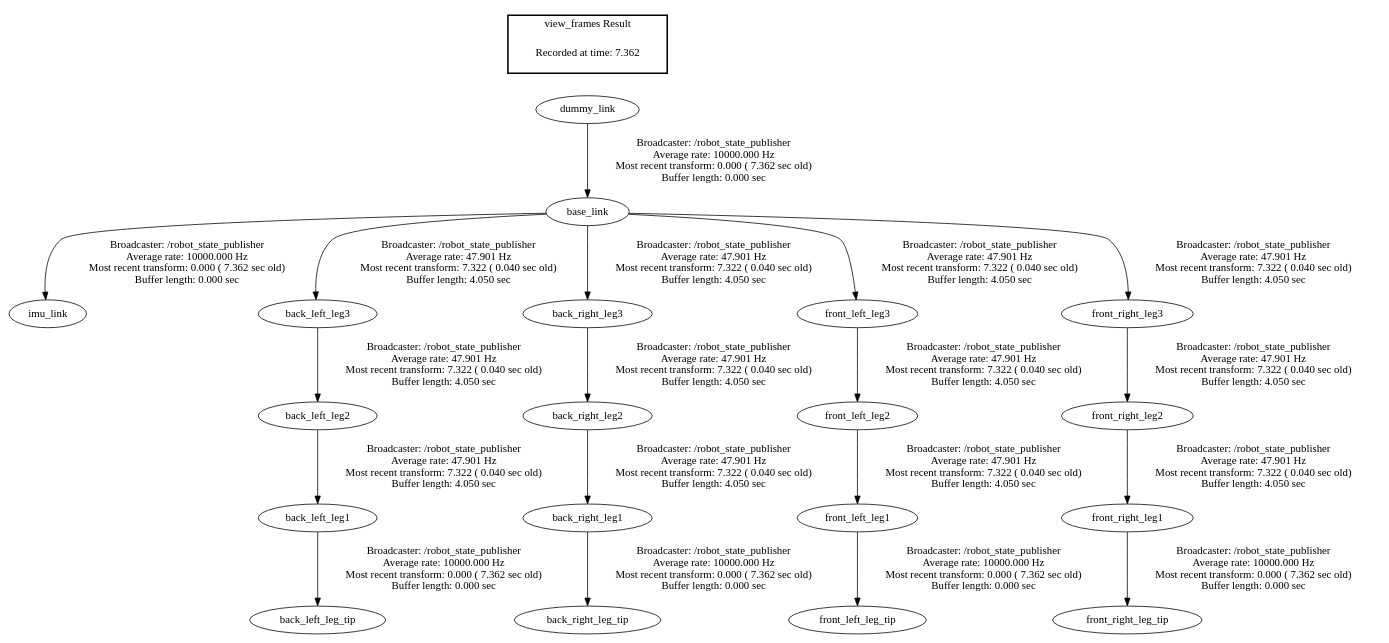
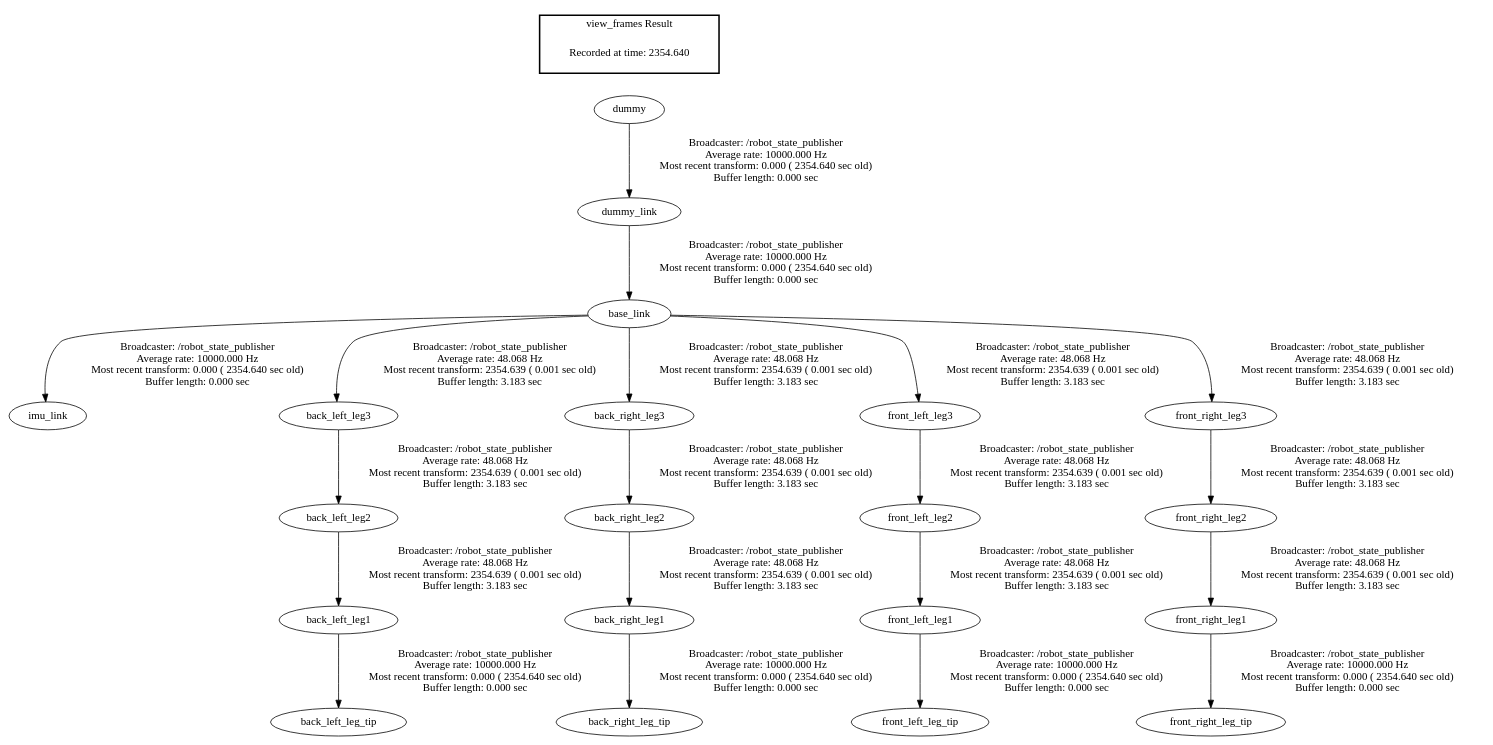
Before and after one commit to shandilya1998/CPGController: the diagram in src/simulations/ws/src/quadruped/frames.gv, drawn with Graphviz. The commit also changed 15 other files, not shown here.

```diff
--- a/src/simulations/ws/src/quadruped/frames.gv
+++ b/src/simulations/ws/src/quadruped/frames.gv
@@ -1,24 +1,25 @@
 digraph G {
-"back_left_leg1" -> "back_left_leg_tip"[label="Broadcaster: /robot_state_publisher\nAverage rate: 10000.000 Hz\nMost recent transform: 0.000 ( 7.362 sec old)\nBuffer length: 0.000 sec\n"];
-"back_left_leg2" -> "back_left_leg1"[label="Broadcaster: /robot_state_publisher\nAverage rate: 47.901 Hz\nMost recent transform: 7.322 ( 0.040 sec old)\nBuffer length: 4.050 sec\n"];
-"back_right_leg1" -> "back_right_leg_tip"[label="Broadcaster: /robot_state_publisher\nAverage rate: 10000.000 Hz\nMost recent transform: 0.000 ( 7.362 sec old)\nBuffer length: 0.000 sec\n"];
-"back_right_leg2" -> "back_right_leg1"[label="Broadcaster: /robot_state_publisher\nAverage rate: 47.901 Hz\nMost recent transform: 7.322 ( 0.040 sec old)\nBuffer length: 4.050 sec\n"];
-"base_link" -> "imu_link"[label="Broadcaster: /robot_state_publisher\nAverage rate: 10000.000 Hz\nMost recent transform: 0.000 ( 7.362 sec old)\nBuffer length: 0.000 sec\n"];
-"dummy_link" -> "base_link"[label="Broadcaster: /robot_state_publisher\nAverage rate: 10000.000 Hz\nMost recent transform: 0.000 ( 7.362 sec old)\nBuffer length: 0.000 sec\n"];
-"front_left_leg1" -> "front_left_leg_tip"[label="Broadcaster: /robot_state_publisher\nAverage rate: 10000.000 Hz\nMost recent transform: 0.000 ( 7.362 sec old)\nBuffer length: 0.000 sec\n"];
-"front_left_leg2" -> "front_left_leg1"[label="Broadcaster: /robot_state_publisher\nAverage rate: 47.901 Hz\nMost recent transform: 7.322 ( 0.040 sec old)\nBuffer length: 4.050 sec\n"];
-"front_right_leg1" -> "front_right_leg_tip"[label="Broadcaster: /robot_state_publisher\nAverage rate: 10000.000 Hz\nMost recent transform: 0.000 ( 7.362 sec old)\nBuffer length: 0.000 sec\n"];
-"front_right_leg2" -> "front_right_leg1"[label="Broadcaster: /robot_state_publisher\nAverage rate: 47.901 Hz\nMost recent transform: 7.322 ( 0.040 sec old)\nBuffer length: 4.050 sec\n"];
-"back_left_leg3" -> "back_left_leg2"[label="Broadcaster: /robot_state_publisher\nAverage rate: 47.901 Hz\nMost recent transform: 7.322 ( 0.040 sec old)\nBuffer length: 4.050 sec\n"];
-"base_link" -> "back_left_leg3"[label="Broadcaster: /robot_state_publisher\nAverage rate: 47.901 Hz\nMost recent transform: 7.322 ( 0.040 sec old)\nBuffer length: 4.050 sec\n"];
-"back_right_leg3" -> "back_right_leg2"[label="Broadcaster: /robot_state_publisher\nAverage rate: 47.901 Hz\nMost recent transform: 7.322 ( 0.040 sec old)\nBuffer length: 4.050 sec\n"];
-"base_link" -> "back_right_leg3"[label="Broadcaster: /robot_state_publisher\nAverage rate: 47.901 Hz\nMost recent transform: 7.322 ( 0.040 sec old)\nBuffer length: 4.050 sec\n"];
-"front_left_leg3" -> "front_left_leg2"[label="Broadcaster: /robot_state_publisher\nAverage rate: 47.901 Hz\nMost recent transform: 7.322 ( 0.040 sec old)\nBuffer length: 4.050 sec\n"];
-"base_link" -> "front_left_leg3"[label="Broadcaster: /robot_state_publisher\nAverage rate: 47.901 Hz\nMost recent transform: 7.322 ( 0.040 sec old)\nBuffer length: 4.050 sec\n"];
-"front_right_leg3" -> "front_right_leg2"[label="Broadcaster: /robot_state_publisher\nAverage rate: 47.901 Hz\nMost recent transform: 7.322 ( 0.040 sec old)\nBuffer length: 4.050 sec\n"];
-"base_link" -> "front_right_leg3"[label="Broadcaster: /robot_state_publisher\nAverage rate: 47.901 Hz\nMost recent transform: 7.322 ( 0.040 sec old)\nBuffer length: 4.050 sec\n"];
+"back_left_leg1" -> "back_left_leg_tip"[label="Broadcaster: /robot_state_publisher\nAverage rate: 10000.000 Hz\nMost recent transform: 0.000 ( 2354.640 sec old)\nBuffer length: 0.000 sec\n"];
+"back_left_leg2" -> "back_left_leg1"[label="Broadcaster: /robot_state_publisher\nAverage rate: 48.068 Hz\nMost recent transform: 2354.639 ( 0.001 sec old)\nBuffer length: 3.183 sec\n"];
+"back_right_leg1" -> "back_right_leg_tip"[label="Broadcaster: /robot_state_publisher\nAverage rate: 10000.000 Hz\nMost recent transform: 0.000 ( 2354.640 sec old)\nBuffer length: 0.000 sec\n"];
+"back_right_leg2" -> "back_right_leg1"[label="Broadcaster: /robot_state_publisher\nAverage rate: 48.068 Hz\nMost recent transform: 2354.639 ( 0.001 sec old)\nBuffer length: 3.183 sec\n"];
+"base_link" -> "imu_link"[label="Broadcaster: /robot_state_publisher\nAverage rate: 10000.000 Hz\nMost recent transform: 0.000 ( 2354.640 sec old)\nBuffer length: 0.000 sec\n"];
+"dummy_link" -> "base_link"[label="Broadcaster: /robot_state_publisher\nAverage rate: 10000.000 Hz\nMost recent transform: 0.000 ( 2354.640 sec old)\nBuffer length: 0.000 sec\n"];
+"dummy" -> "dummy_link"[label="Broadcaster: /robot_state_publisher\nAverage rate: 10000.000 Hz\nMost recent transform: 0.000 ( 2354.640 sec old)\nBuffer length: 0.000 sec\n"];
+"front_left_leg1" -> "front_left_leg_tip"[label="Broadcaster: /robot_state_publisher\nAverage rate: 10000.000 Hz\nMost recent transform: 0.000 ( 2354.640 sec old)\nBuffer length: 0.000 sec\n"];
+"front_left_leg2" -> "front_left_leg1"[label="Broadcaster: /robot_state_publisher\nAverage rate: 48.068 Hz\nMost recent transform: 2354.639 ( 0.001 sec old)\nBuffer length: 3.183 sec\n"];
+"front_right_leg1" -> "front_right_leg_tip"[label="Broadcaster: /robot_state_publisher\nAverage rate: 10000.000 Hz\nMost recent transform: 0.000 ( 2354.640 sec old)\nBuffer length: 0.000 sec\n"];
+"front_right_leg2" -> "front_right_leg1"[label="Broadcaster: /robot_state_publisher\nAverage rate: 48.068 Hz\nMost recent transform: 2354.639 ( 0.001 sec old)\nBuffer length: 3.183 sec\n"];
+"back_left_leg3" -> "back_left_leg2"[label="Broadcaster: /robot_state_publisher\nAverage rate: 48.068 Hz\nMost recent transform: 2354.639 ( 0.001 sec old)\nBuffer length: 3.183 sec\n"];
+"base_link" -> "back_left_leg3"[label="Broadcaster: /robot_state_publisher\nAverage rate: 48.068 Hz\nMost recent transform: 2354.639 ( 0.001 sec old)\nBuffer length: 3.183 sec\n"];
+"back_right_leg3" -> "back_right_leg2"[label="Broadcaster: /robot_state_publisher\nAverage rate: 48.068 Hz\nMost recent transform: 2354.639 ( 0.001 sec old)\nBuffer length: 3.183 sec\n"];
+"base_link" -> "back_right_leg3"[label="Broadcaster: /robot_state_publisher\nAverage rate: 48.068 Hz\nMost recent transform: 2354.639 ( 0.001 sec old)\nBuffer length: 3.183 sec\n"];
+"front_left_leg3" -> "front_left_leg2"[label="Broadcaster: /robot_state_publisher\nAverage rate: 48.068 Hz\nMost recent transform: 2354.639 ( 0.001 sec old)\nBuffer length: 3.183 sec\n"];
+"base_link" -> "front_left_leg3"[label="Broadcaster: /robot_state_publisher\nAverage rate: 48.068 Hz\nMost recent transform: 2354.639 ( 0.001 sec old)\nBuffer length: 3.183 sec\n"];
+"front_right_leg3" -> "front_right_leg2"[label="Broadcaster: /robot_state_publisher\nAverage rate: 48.068 Hz\nMost recent transform: 2354.639 ( 0.001 sec old)\nBuffer length: 3.183 sec\n"];
+"base_link" -> "front_right_leg3"[label="Broadcaster: /robot_state_publisher\nAverage rate: 48.068 Hz\nMost recent transform: 2354.639 ( 0.001 sec old)\nBuffer length: 3.183 sec\n"];
 edge [style=invis];
  subgraph cluster_legend { style=bold; color=black; label ="view_frames Result";
-"Recorded at time: 7.362"[ shape=plaintext ] ;
- }->"dummy_link";
+"Recorded at time: 2354.640"[ shape=plaintext ] ;
+ }->"dummy";
 }
```
